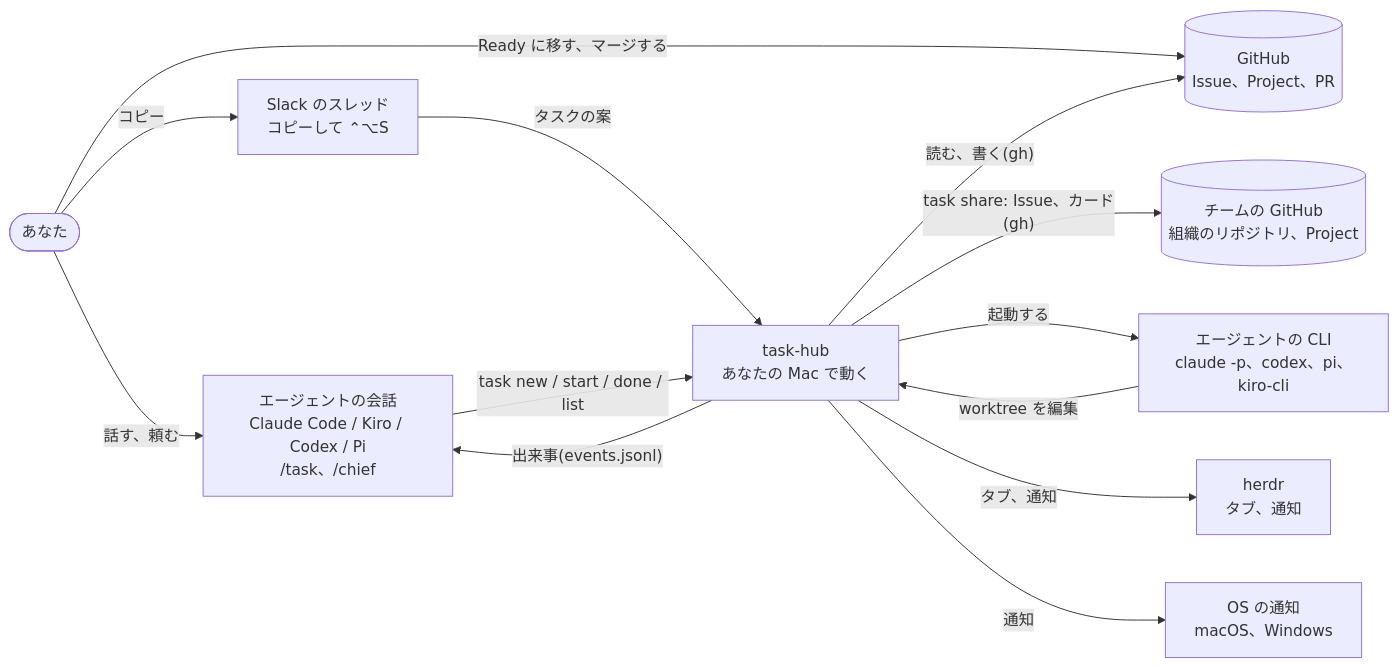
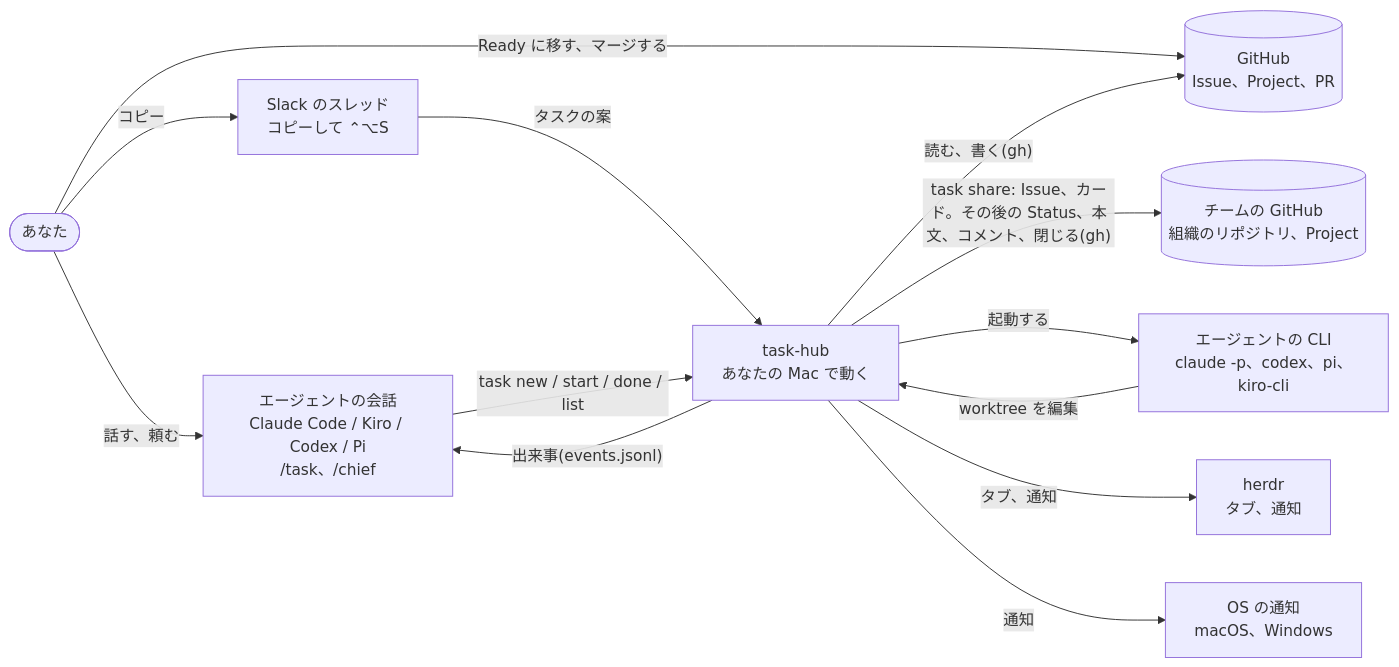
One commit to jyoka/task-hub changed the first of 6 diagrams in docs/architecture/hld.md. Above: the diagram before and after it, drawn with Mermaid. The commit also changed other lines of this file and 8 other files, not shown here.

Commit message:
task 120: task share (2/2): つないだタスクの Status と Report をチームに写す

````diff
--- a/docs/architecture/hld.md
+++ b/docs/architecture/hld.md
@@ -21,25 +21,25 @@
 ```mermaid
 flowchart LR
     you(["あなた"])
     chat["エージェントの会話<br/>Claude Code / Kiro / Codex / Pi<br/>/task、/chief"]
     slack["Slack のスレッド<br/>コピーして ⌃⌥S"]
     th["task-hub<br/>あなたの Mac で動く"]
     gh[("GitHub<br/>Issue、Project、PR")]
     team[("チームの GitHub<br/>組織のリポジトリ、Project")]
     agents["エージェントの CLI<br/>claude -p、codex、pi、kiro-cli"]
     herdr["herdr<br/>タブ、通知"]
     os["OS の通知<br/>macOS、Windows"]
 
     you -- "話す、頼む" --> chat
     you -- "Ready に移す、マージする" --> gh
     you -- "コピー" --> slack
     slack -- "タスクの案" --> th
     chat -- "task new / start / done / list" --> th
     th -- "読む、書く(gh)" --> gh
-    th -- "task share: Issue、カード(gh)" --> team
+    th -- "task share: Issue、カード。その後の Status、本文、コメント、閉じる(gh)" --> team
     th -- "起動する" --> agents
     agents -- "worktree を編集" --> th
     th -- "タブ、通知" --> herdr
     th -- "通知" --> os
     th -- "出来事(events.jsonl)" --> chat
 ```
````
